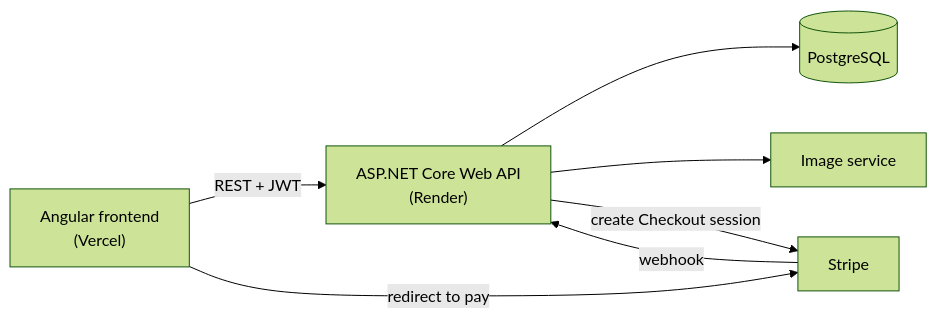
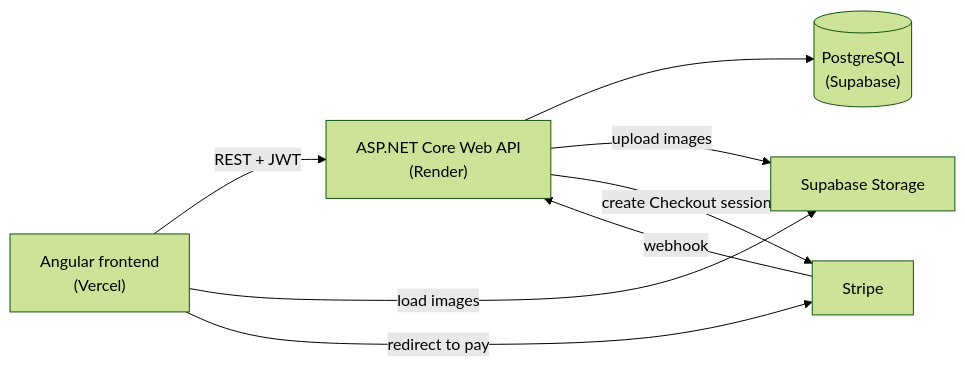
One commit to HannaJ95/grej changed the first of 3 diagrams in docs/architecture.md. Above: the diagram before and after it, drawn with Mermaid (forest theme). The commit also changed other lines of this file and 6 other files, not shown here.

````diff
--- a/docs/architecture.md
+++ b/docs/architecture.md
@@ -7,9 +7,10 @@
 ```mermaid
 flowchart LR
     Browser["Angular frontend<br/>(Vercel)"] -->|REST + JWT| API["ASP.NET Core Web API<br/>(Render)"]
-    API --> DB[("PostgreSQL")]
-    API --> Images["Image service"]
+    API --> DB[("PostgreSQL<br/>(Supabase)")]
+    API -->|upload images| Storage["Supabase Storage"]
+    Browser -->|load images| Storage
     API -->|create Checkout session| Stripe["Stripe"]
     Browser -->|redirect to pay| Stripe
     Stripe -->|webhook| API
 ```
````
